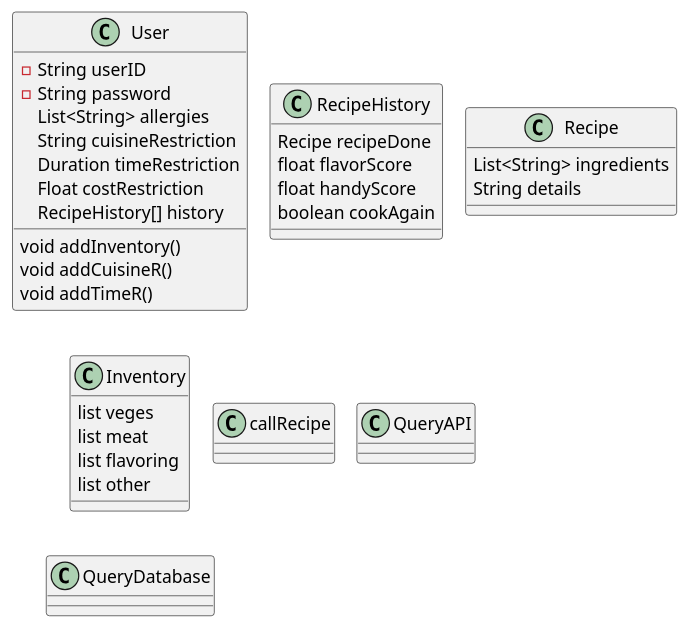
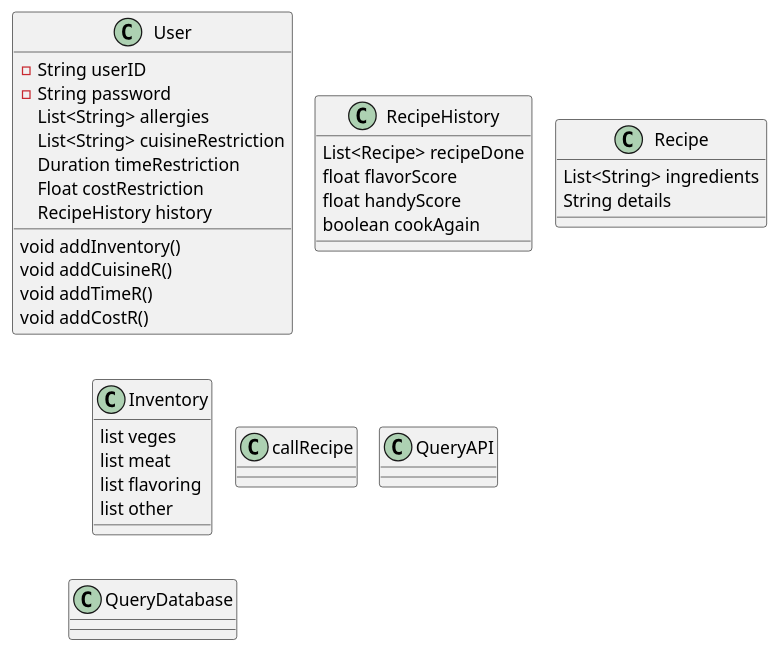
The diagram in Project UML.puml (JohnZHANGFZ/207_group_project), drawn with PlantUML before and after one commit.

Commit message:
update work

```diff
--- a/Project UML.puml
+++ b/Project UML.puml
@@ -1,49 +1,50 @@
 @startuml
 !pragma layout smetana
 'https://plantuml.com/sequence-diagram
 
 class User {
 -String userID
 -String password
 List<String> allergies
-String cuisineRestriction
+List<String> cuisineRestriction
 Duration timeRestriction
 Float costRestriction
-RecipeHistory[] history
+RecipeHistory history
 
 void addInventory()
 void addCuisineR()
 void addTimeR()
+void addCostR()
 
 
 }
 
 class RecipeHistory{
-Recipe recipeDone
+List<Recipe> recipeDone
 float flavorScore
 float handyScore
 boolean cookAgain
 }
 
 class Recipe{
 List<String> ingredients
 String details
 }
 
 class Inventory {
 list veges
 list meat
 list flavoring
 list other
 }
 
 class callRecipe {
 }
 
 class QueryAPI {
 }
 
 class QueryDatabase {
 }
 
 @enduml
```
